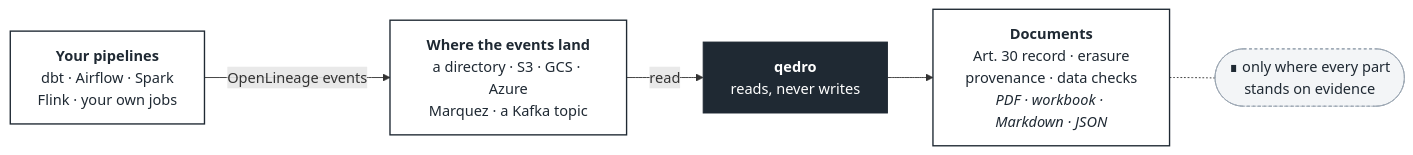
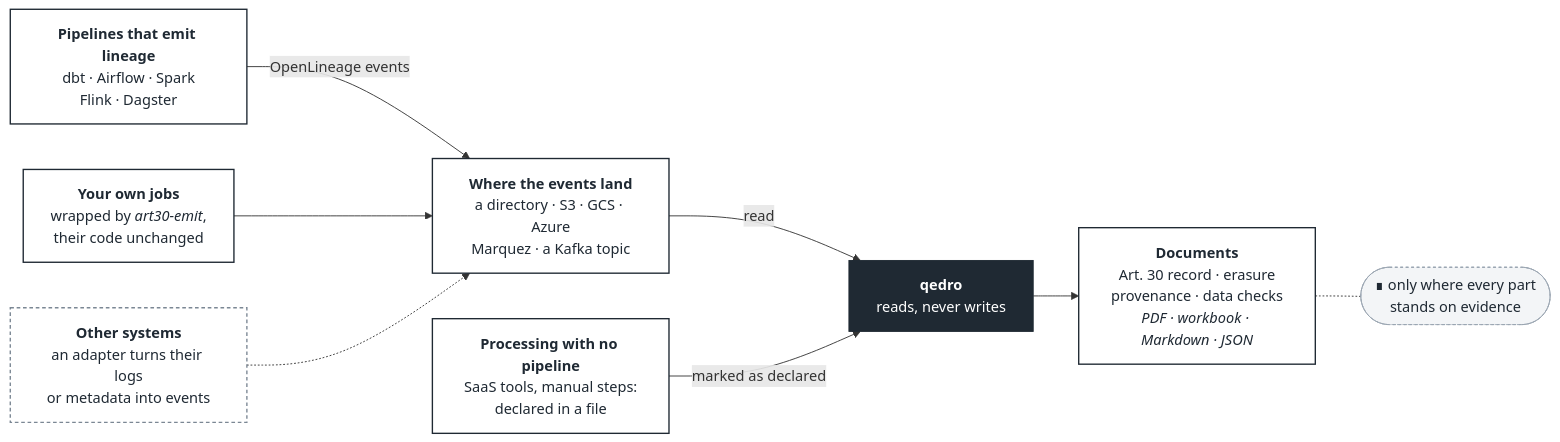
The diagram in docs/images/how-it-works.mmd (cordata-tech/qedro), drawn with Mermaid before and after one commit. The commit also changed 3 other files, not shown here.

First line of the commit message:
readme: the diagram and its text show the ways in, not only OpenLineage

```diff
--- a/docs/images/how-it-works.mmd
+++ b/docs/images/how-it-works.mmd
@@ -1,20 +1,28 @@
 %% The README's "How it works" diagram. Draw it again with:
 %%   mmdc -i docs/images/how-it-works.mmd -o docs/images/how-it-works.png -c docs/images/how-it-works.json -b white -s 2
 flowchart LR
-    pipelines["<b>Your pipelines</b><br/>dbt · Airflow · Spark<br/>Flink · your own jobs"]
+    emitters["<b>Pipelines that emit lineage</b><br/>dbt · Airflow · Spark<br/>Flink · Dagster"]
+    wrapped["<b>Your own jobs</b><br/>wrapped by <i>art30-emit</i>,<br/>their code unchanged"]
+    adapters["<b>Other systems</b><br/>an adapter turns their logs<br/>or metadata into events"]
+    declared["<b>Processing with no pipeline</b><br/>SaaS tools, manual steps:<br/>declared in a file"]
     land["<b>Where the events land</b><br/>a directory · S3 · GCS · Azure<br/>Marquez · a Kafka topic"]
     qedro["<b>qedro</b><br/>reads, never writes"]
     docs["<b>Documents</b><br/>Art. 30 record · erasure<br/>provenance · data checks<br/><i>PDF · workbook · Markdown · JSON</i>"]
     mark(["∎ only where every part<br/>stands on evidence"])
 
-    pipelines -- "OpenLineage events" --> land
+    emitters -- "OpenLineage events" --> land
+    wrapped --> land
+    adapters -.-> land
     land -- "read" --> qedro
+    declared -- "marked as declared" --> qedro
     qedro --> docs
     docs -.- mark
 
     classDef box fill:#ffffff,stroke:#1f2933,stroke-width:1.5px,color:#1f2933
+    classDef planned fill:#ffffff,stroke:#7b8794,stroke-width:1.5px,color:#1f2933,stroke-dasharray:4 3
     classDef core fill:#1f2933,stroke:#1f2933,color:#ffffff
     classDef note fill:#f3f5f7,stroke:#9aa5b1,color:#1f2933,stroke-dasharray:3 3
-    class pipelines,land,docs box
+    class emitters,wrapped,declared,land,docs box
+    class adapters planned
     class qedro core
     class mark note
```
